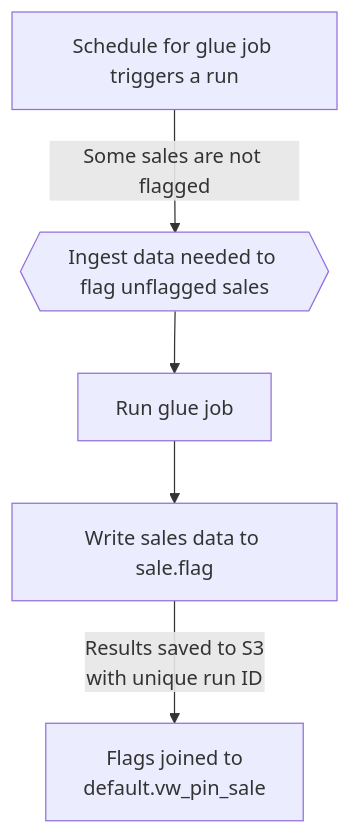
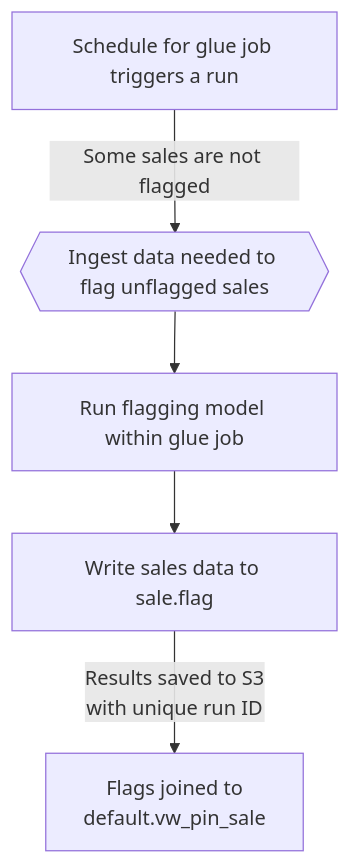
One commit to ccao-data/model-sales-val changed the second of 4 diagrams in README.md. Above: the diagram before and after it, drawn with Mermaid.

````diff
--- a/README.md
+++ b/README.md
@@ -60,18 +60,18 @@
 ```mermaid
 
 graph TD
 
     A[Schedule for glue job triggers a run]
     B{{Ingest data needed to flag unflagged sales}}
-    C[Run glue job]
+    C[Run flagging model within glue job]
 
     D[Write sales data to sale.flag]
     E[Flags joined to<br>default.vw_pin_sale]
 
     A -- Some sales are not flagged --> B
     B --> C
     C --> D
     D -- Results saved to S3<br>with unique run ID --> E
 
 
 ```
````
